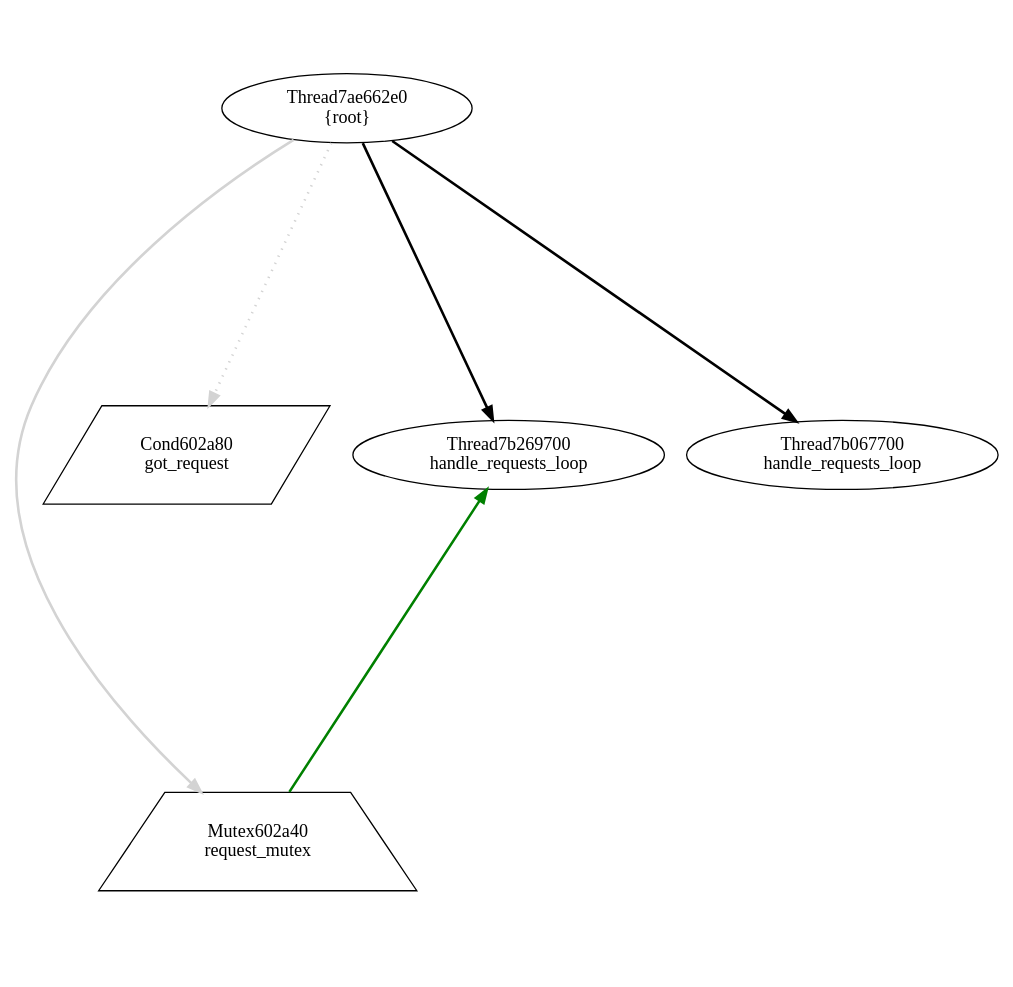
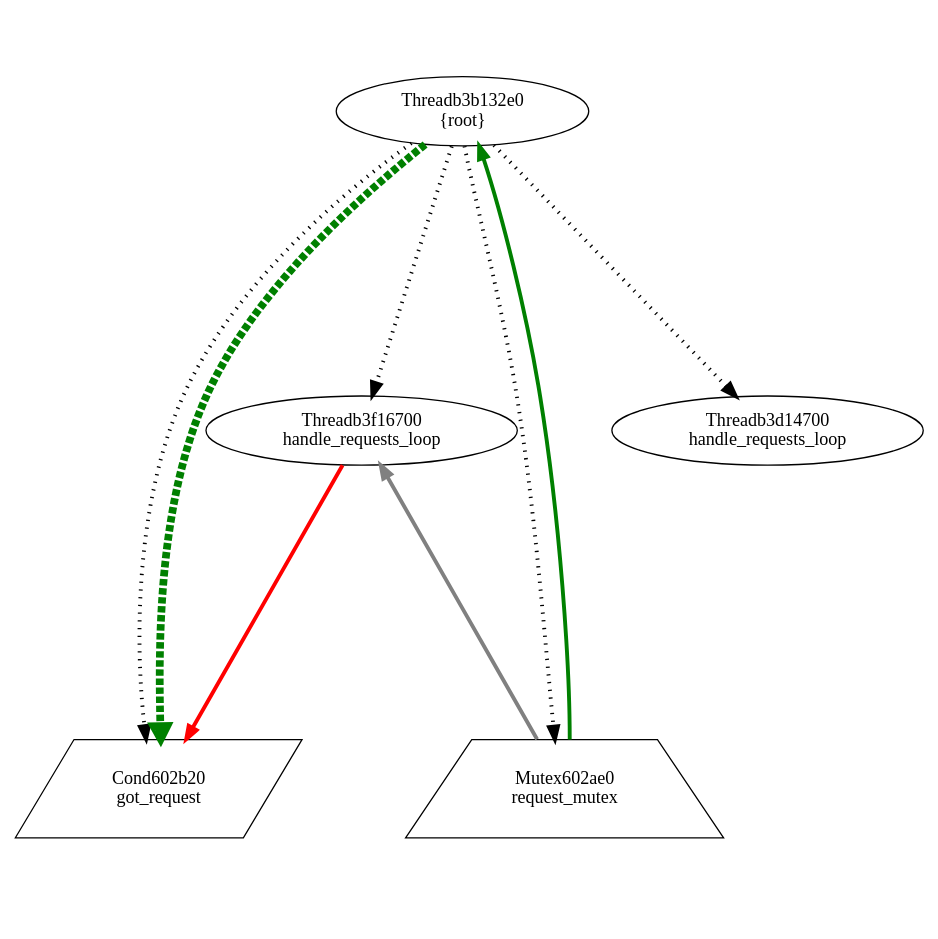
Before and after one commit to v4o6/cs410: the diagram in view/dot/graph016.dot, drawn with Graphviz. The commit also changed 109 other files, not shown here.

```diff
--- a/view/dot/graph016.dot
+++ b/view/dot/graph016.dot
@@ -1,13 +1,16 @@
 digraph G {
 graph[center=true, ratio=1];
-Mutex602a40 [shape=trapezium,color=black,label="Mutex602a40\nrequest_mutex"];
-Cond602a80 [shape=parallelogram,color=black,label="Cond602a80\ngot_request"];
-Thread7ae662e0 [color=black,label="Thread7ae662e0\n{root}"];
-Thread7ae662e0 -> Mutex602a40 [arrowhead=normal,color=lightgray,penwidth=2];
-Thread7ae662e0 -> Cond602a80 [style=dotted,color=lightgray,penwidth=2];
-Thread7ae662e0 -> Thread7b269700 [arrowhead=normal,penwidth=2];
-Thread7ae662e0 -> Thread7b067700 [arrowhead=normal,penwidth=2];
-Thread7b269700 [color=black,label="Thread7b269700\nhandle_requests_loop"];
-Thread7b269700 -> Mutex602a40 [arrowhead=normal,color=green,dir=back,penwidth=2];
-Thread7b067700 [color=black,label="Thread7b067700\nhandle_requests_loop"];
+Threadb3f16700 [color=black,label="Threadb3f16700\nhandle_requests_loop"];
+Threadb3f16700 -> Cond602b20 [arrowhead=normal,color=red,penwidth=3];
+Threadb3f16700 -> Mutex602ae0 [arrowhead=normal,color=grey,dir=back,penwidth=3];
+Threadb3d14700 [color=black,label="Threadb3d14700\nhandle_requests_loop"];
+Threadb3b132e0 [color=black,label="Threadb3b132e0\n{root}"];
+Threadb3b132e0 -> Mutex602ae0 [style=dotted,arrowhead=normal,penwidth=3];
+Threadb3b132e0 -> Cond602b20 [style=dotted,arrowhead=normal,penwidth=3];
+Threadb3b132e0 -> Threadb3d14700 [style=dotted,arrowhead=normal,penwidth=3];
+Threadb3b132e0 -> Threadb3f16700 [style=dotted,arrowhead=normal,penwidth=3];
+Threadb3b132e0 -> Cond602b20 [style=dashed,color=green,penwidth=6];
+Threadb3b132e0 -> Mutex602ae0 [arrowhead=normal,color=green,dir=back,penwidth=3];
+Cond602b20 [shape=parallelogram,color=black,label="Cond602b20\ngot_request"];
+Mutex602ae0 [shape=trapezium,color=black,label="Mutex602ae0\nrequest_mutex"];
 }
```
